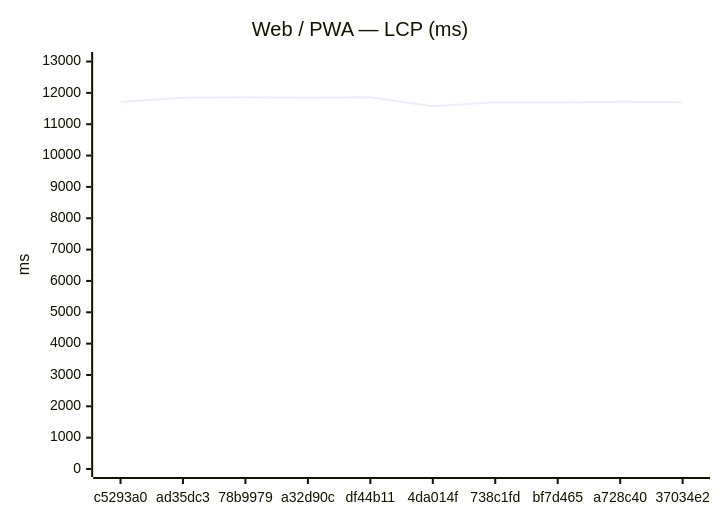
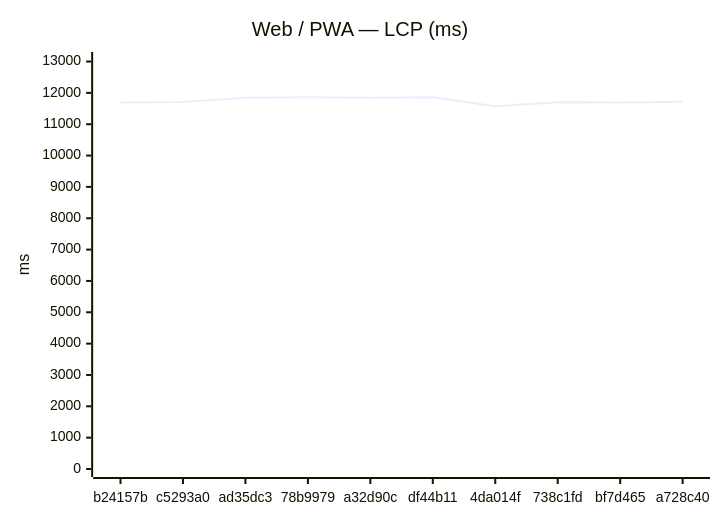
One commit to Metaheurist/Rianell changed the first of 24 diagrams in benchmarks/compare.md. Above: the diagram before and after it, drawn with Mermaid. The commit also changed other lines of this file and 14 other files, not shown here.

````diff
--- a/benchmarks/compare.md
+++ b/benchmarks/compare.md
@@ -24,7 +24,7 @@
 ```mermaid
 xychart-beta
     title "Web / PWA — LCP (ms)"
-    x-axis ["c5293a0", "ad35dc3", "78b9979", "a32d90c", "df44b11", "4da014f", "738c1fd", "bf7d465", "a728c40", "37034e2"]
+    x-axis ["b24157b", "c5293a0", "ad35dc3", "78b9979", "a32d90c", "df44b11", "4da014f", "738c1fd", "bf7d465", "a728c40"]
     y-axis "ms" 0 --> 13049
-    line [11707, 11844, 11862, 11845, 11860, 11572, 11701, 11691, 11716, 11698]
+    line [11695, 11707, 11844, 11862, 11845, 11860, 11572, 11701, 11691, 11716]
 ```
````
